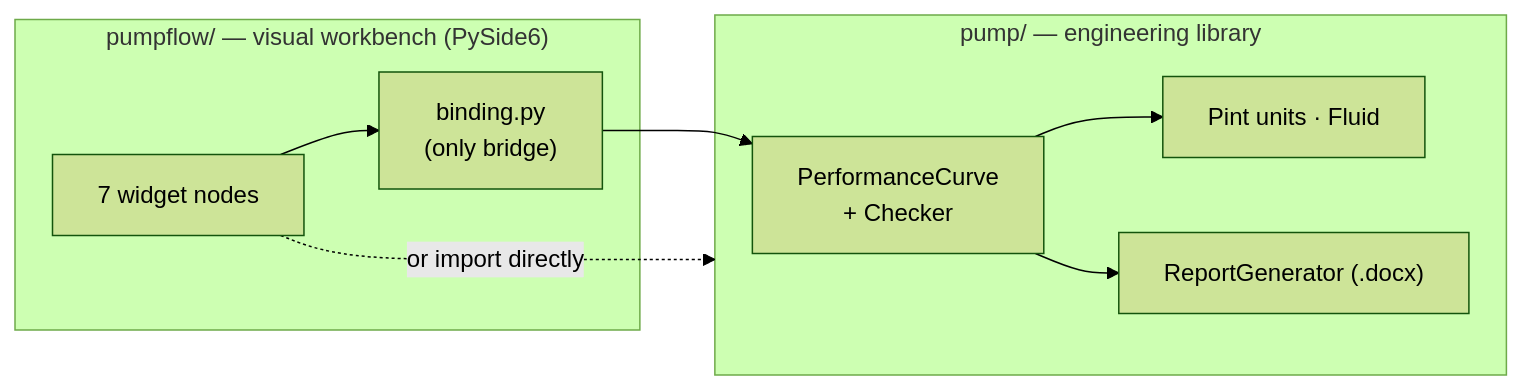
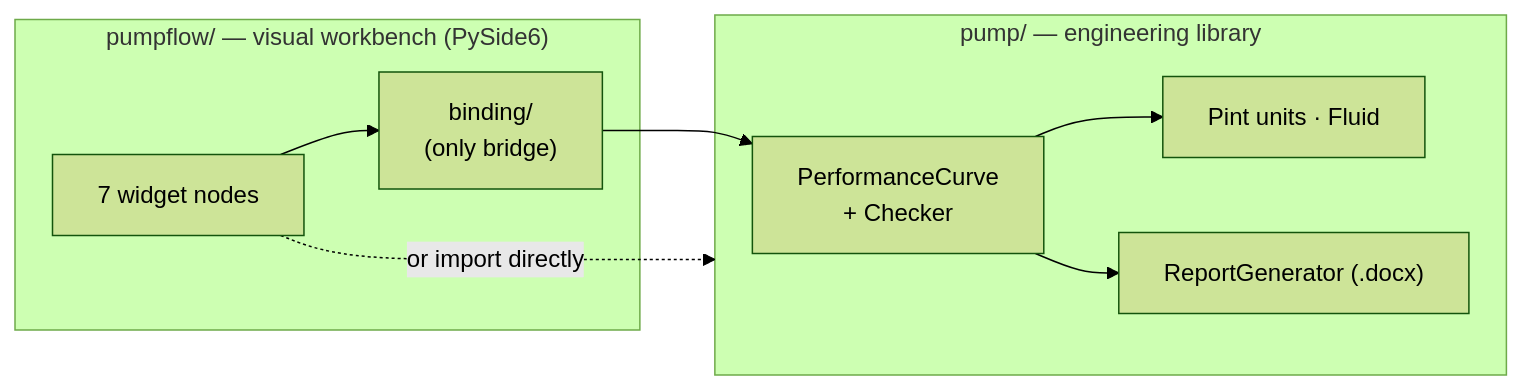
One commit to eu-cristofer/CentrifugalPump changed the diagram in docs/README.md. Above: the diagram before and after it, drawn with Mermaid (forest theme). The commit also changed 16 other files, not shown here.

````diff
--- a/docs/README.md
+++ b/docs/README.md
@@ -35,12 +35,12 @@
 ```mermaid
 flowchart LR
     subgraph App["pumpflow/ — visual workbench (PySide6)"]
-        NODES["7 widget nodes"] --> BIND["binding.py<br/>(only bridge)"]
+        NODES["7 widget nodes"] --> BIND["binding/<br/>(only bridge)"]
     end
     subgraph Lib["pump/ — engineering library"]
         BIND --> CURVE["PerformanceCurve<br/>+ Checker"]
         CURVE --> UNITS["Pint units · Fluid"]
         CURVE --> REPORT["ReportGenerator (.docx)"]
     end
     NODES -. "or import directly" .-> Lib
 ```
````
